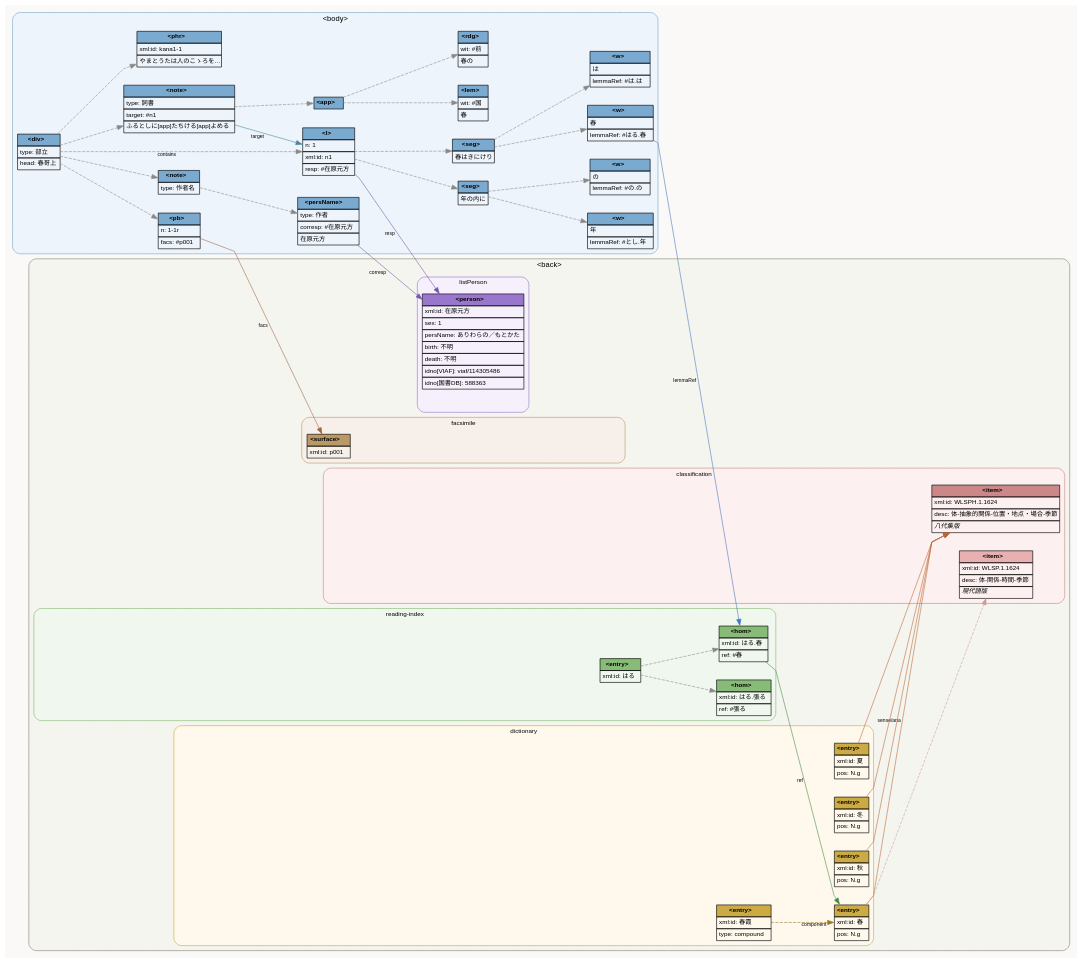
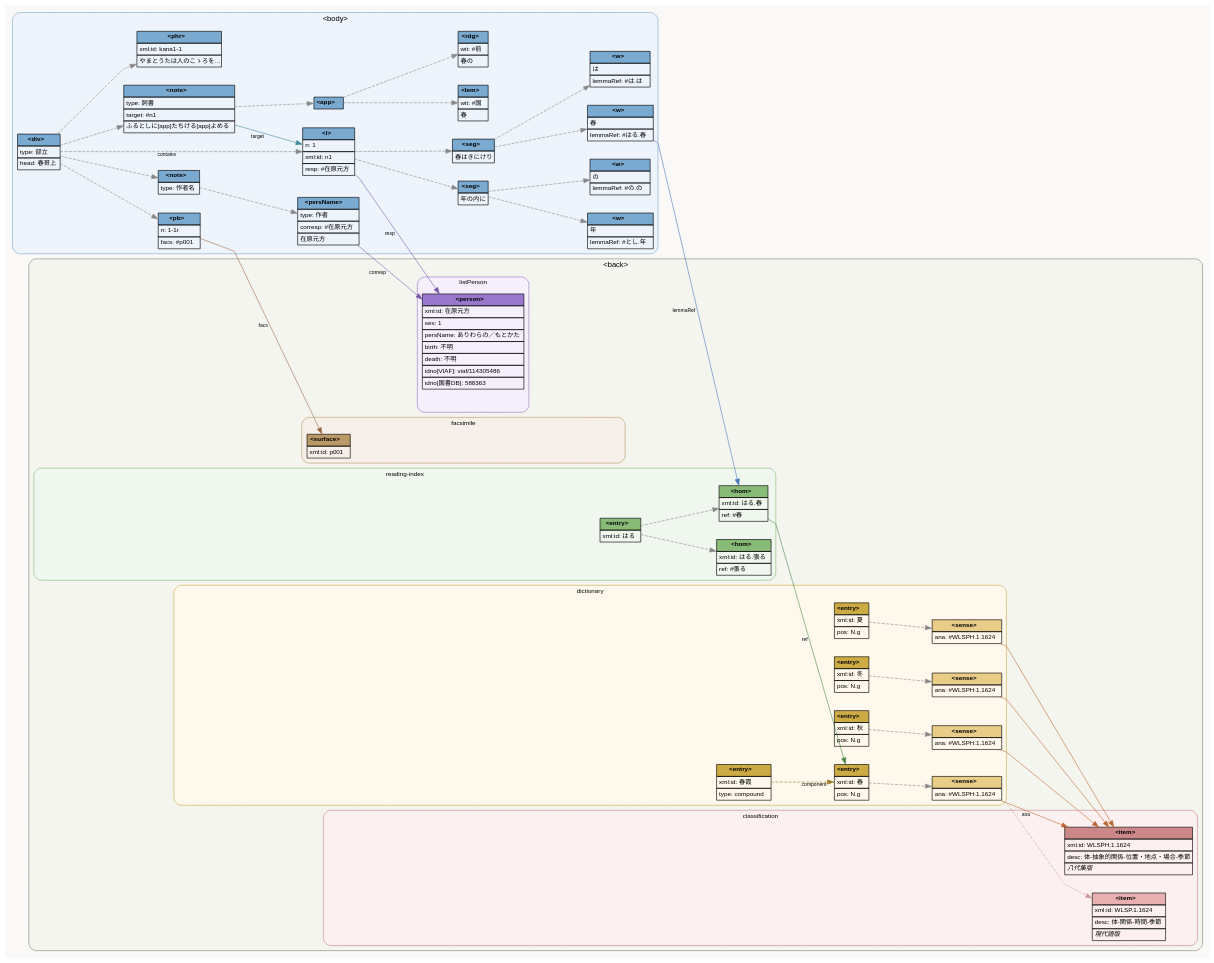
One commit to idiig/kokin-tei-merge changed the diagram in docs/data-structure.dot. Above: the diagram before and after it, drawn with Graphviz. The commit also changed 1 other file, not shown here.

Commit message:
docs: Add sense nodes to data structure diagram
- Introduce <sense> elements linked to season entries (春, 秋, 夏,
- 冬) Update connections to route through sense nodes for
- categorization Regenerate SVG to reflect diagram changes

```diff
--- a/docs/data-structure.dot
+++ b/docs/data-structure.dot
@@ -201,10 +201,20 @@
         <TR><TD ALIGN="LEFT">pos: N.g</TD></TR>
       </TABLE>>]
 
+      s_haru [label=<<TABLE BORDER="0" CELLBORDER="1" CELLSPACING="0" CELLPADDING="3">
+        <TR><TD BGCOLOR="#e8cc88"><B>&lt;sense&gt;</B></TD></TR>
+        <TR><TD ALIGN="LEFT">ana: #WLSPH.1.1624</TD></TR>
+      </TABLE>>]
+
       e_aki [label=<<TABLE BORDER="0" CELLBORDER="1" CELLSPACING="0" CELLPADDING="3">
         <TR><TD BGCOLOR="#ccaa44"><B>&lt;entry&gt;</B></TD></TR>
         <TR><TD ALIGN="LEFT">xml:id: 秋</TD></TR>
         <TR><TD ALIGN="LEFT">pos: N.g</TD></TR>
+      </TABLE>>]
+
+      s_aki [label=<<TABLE BORDER="0" CELLBORDER="1" CELLSPACING="0" CELLPADDING="3">
+        <TR><TD BGCOLOR="#e8cc88"><B>&lt;sense&gt;</B></TD></TR>
+        <TR><TD ALIGN="LEFT">ana: #WLSPH.1.1624</TD></TR>
       </TABLE>>]
 
       e_natsu [label=<<TABLE BORDER="0" CELLBORDER="1" CELLSPACING="0" CELLPADDING="3">
@@ -213,10 +223,20 @@
         <TR><TD ALIGN="LEFT">pos: N.g</TD></TR>
       </TABLE>>]
 
+      s_natsu [label=<<TABLE BORDER="0" CELLBORDER="1" CELLSPACING="0" CELLPADDING="3">
+        <TR><TD BGCOLOR="#e8cc88"><B>&lt;sense&gt;</B></TD></TR>
+        <TR><TD ALIGN="LEFT">ana: #WLSPH.1.1624</TD></TR>
+      </TABLE>>]
+
       e_fuyu [label=<<TABLE BORDER="0" CELLBORDER="1" CELLSPACING="0" CELLPADDING="3">
         <TR><TD BGCOLOR="#ccaa44"><B>&lt;entry&gt;</B></TD></TR>
         <TR><TD ALIGN="LEFT">xml:id: 冬</TD></TR>
         <TR><TD ALIGN="LEFT">pos: N.g</TD></TR>
+      </TABLE>>]
+
+      s_fuyu [label=<<TABLE BORDER="0" CELLBORDER="1" CELLSPACING="0" CELLPADDING="3">
+        <TR><TD BGCOLOR="#e8cc88"><B>&lt;sense&gt;</B></TD></TR>
+        <TR><TD ALIGN="LEFT">ana: #WLSPH.1.1624</TD></TR>
       </TABLE>>]
 
       e_comp [label=<<TABLE BORDER="0" CELLBORDER="1" CELLSPACING="0" CELLPADDING="3">
@@ -225,7 +245,11 @@
         <TR><TD ALIGN="LEFT">type: compound</TD></TR>
       </TABLE>>]
 
-      e_comp -> e_haru [xlabel="component" style=dashed color="#997722"]
+      e_haru  -> s_haru  [style=dashed]
+      e_aki   -> s_aki   [style=dashed]
+      e_natsu -> s_natsu [style=dashed]
+      e_fuyu  -> s_fuyu  [style=dashed]
+      e_comp  -> e_haru  [xlabel="component" style=dashed color="#997722"]
     }
 
     subgraph cluster_cls {
@@ -301,11 +325,11 @@
 
   b_w_haru   -> hom_haru [xlabel="lemmaRef" style=bold color="#4477bb"]
   hom_haru   -> e_haru   [xlabel="ref"      color="#448844"]
-  e_haru     -> wlsph    [xlabel="sense/ana" style=bold color="#bb6633"]
-  e_aki      -> wlsph    [style=bold color="#bb6633"]
-  e_natsu    -> wlsph    [style=bold color="#bb6633"]
-  e_fuyu     -> wlsph    [style=bold color="#bb6633"]
-  e_haru     -> wlsp     [color="#cc9999" style=dashed]
+  s_haru     -> wlsph    [xlabel="ana" style=bold color="#bb6633"]
+  s_aki      -> wlsph    [style=bold color="#bb6633"]
+  s_natsu    -> wlsph    [style=bold color="#bb6633"]
+  s_fuyu     -> wlsph    [style=bold color="#bb6633"]
+  s_haru     -> wlsp     [color="#cc9999" style=dashed]
   b_persname -> person   [xlabel="corresp"  color="#7755aa"]
   b_l        -> person   [xlabel="resp"     color="#7755aa"]
   b_pb       -> surface  [xlabel="facs"     color="#996644"]
```
